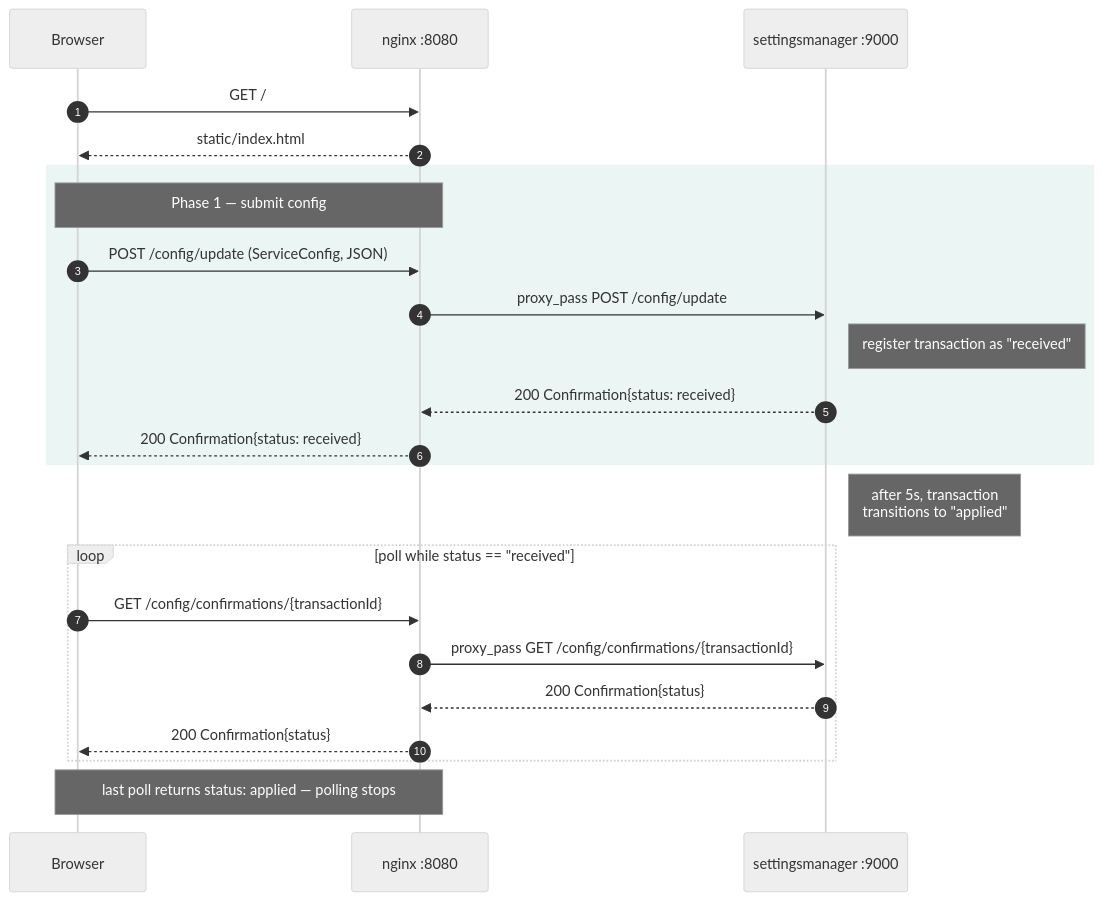
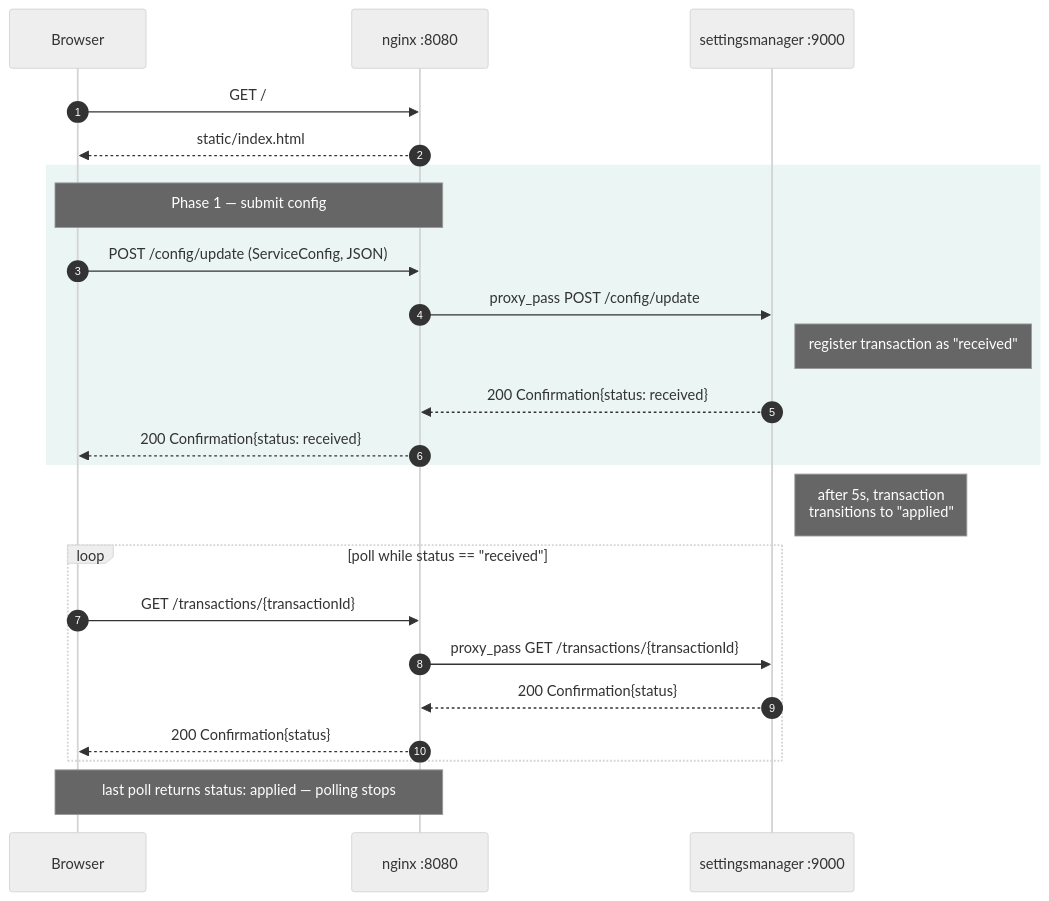
Before and after one commit to rwirdemann/settingsmanager-ngnix: the diagram in docs/sequence-diagram.mmd, drawn with Mermaid. The commit also changed 5 other files, not shown here.

```diff
--- a/docs/sequence-diagram.mmd
+++ b/docs/sequence-diagram.mmd
@@ -1,29 +1,29 @@
 %%{init: {'theme': 'neutral', 'sequence': {'boxMargin': 10, 'messageMargin': 40, 'noteMargin': 15, 'bottomMarginAdj': 15}} }%%
 sequenceDiagram
     autonumber
     participant B as Browser
     participant N as nginx :8080
     participant S as settingsmanager :9000
 
     B->>N: GET /
     N-->>B: static/index.html
 
     rect rgb(234, 245, 244)
     Note over B,N: Phase 1 — submit config
     B->>N: POST /config/update  (ServiceConfig, JSON)
     N->>S: proxy_pass POST /config/update
     Note right of S: register transaction as "received"
     S-->>N: 200 Confirmation{status: received}
     N-->>B: 200 Confirmation{status: received}
     end
 
     Note right of S: after 5s, transaction<br/>transitions to "applied"
 
     loop poll while status == "received"
-        B->>N: GET /config/confirmations/{transactionId}
-        N->>S: proxy_pass GET /config/confirmations/{transactionId}
+        B->>N: GET /transactions/{transactionId}
+        N->>S: proxy_pass GET /transactions/{transactionId}
         S-->>N: 200 Confirmation{status}
         N-->>B: 200 Confirmation{status}
     end
 
     Note over B,N: last poll returns status: applied — polling stops
```
